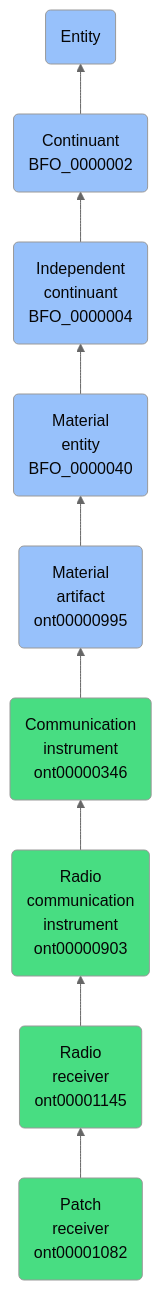
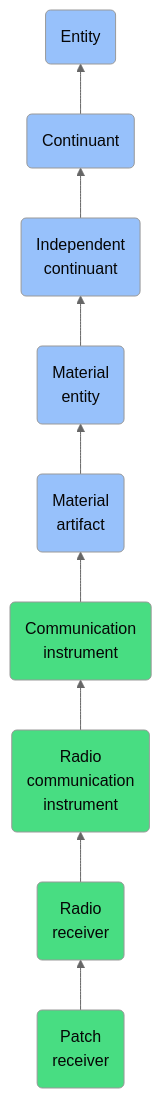
The diagram in docs/ontology/reference/model/Entity/Continuant/Independent continuant/Material entity/Material artifact/Communication instrument/Radio communication instrument/Radio receiver/Patch receiver/Patch receiver.md (jupyter-naas/abi), drawn with Mermaid (neutral theme) before and after one commit. The commit also changed other lines of this file and 1430 other files, not shown here.

````diff
--- a/docs/ontology/reference/model/Entity/Continuant/Independent continuant/Material entity/Material artifact/Communication instrument/Radio communication instrument/Radio receiver/Patch receiver/Patch receiver.md
+++ b/docs/ontology/reference/model/Entity/Continuant/Independent continuant/Material entity/Material artifact/Communication instrument/Radio communication instrument/Radio receiver/Patch receiver/Patch receiver.md
@@ -24,16 +24,16 @@
 ```mermaid
 graph BT
-    ont00001082(Patch<br>receiver<br>ont00001082):::ABI-->ont00001145
-    ont00001145(Radio<br>receiver<br>ont00001145):::ABI-->ont00000903
-    ont00000903(Radio<br>communication<br>instrument<br>ont00000903):::ABI-->ont00000346
-    ont00000346(Communication<br>instrument<br>ont00000346):::ABI-->ont00000995
-    ont00000995(Material<br>artifact<br>ont00000995):::BFO-->BFO_0000040
-    BFO_0000040(Material<br>entity<br>BFO_0000040):::BFO-->BFO_0000004
-    BFO_0000004(Independent<br>continuant<br>BFO_0000004):::BFO-->BFO_0000002
-    BFO_0000002(Continuant<br>BFO_0000002):::BFO-->BFO_0000001
+    ont00001082(Patch<br>receiver):::ABI-->ont00001145
+    ont00001145(Radio<br>receiver):::ABI-->ont00000903
+    ont00000903(Radio<br>communication<br>instrument):::ABI-->ont00000346
+    ont00000346(Communication<br>instrument):::ABI-->ont00000995
+    ont00000995(Material<br>artifact):::BFO-->BFO_0000040
+    BFO_0000040(Material<br>entity):::BFO-->BFO_0000004
+    BFO_0000004(Independent<br>continuant):::BFO-->BFO_0000002
+    BFO_0000002(Continuant):::BFO-->BFO_0000001
     BFO_0000001(Entity):::BFO
     
     classDef BFO fill:#97c1fb,color:#060606
     classDef CCO fill:#e4c51e,color:#060606
     classDef ABI fill:#48DD82,color:#060606
 ```
````
